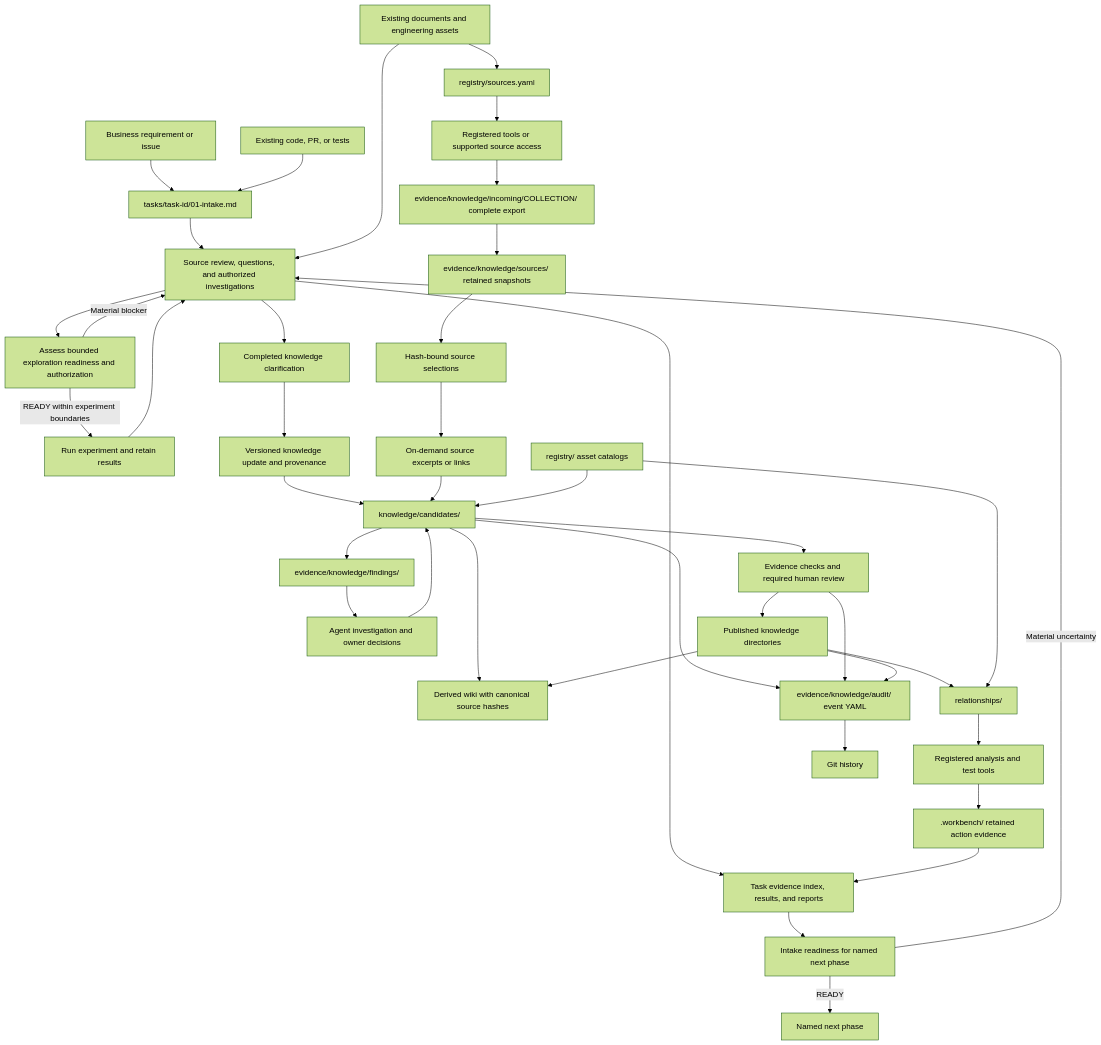
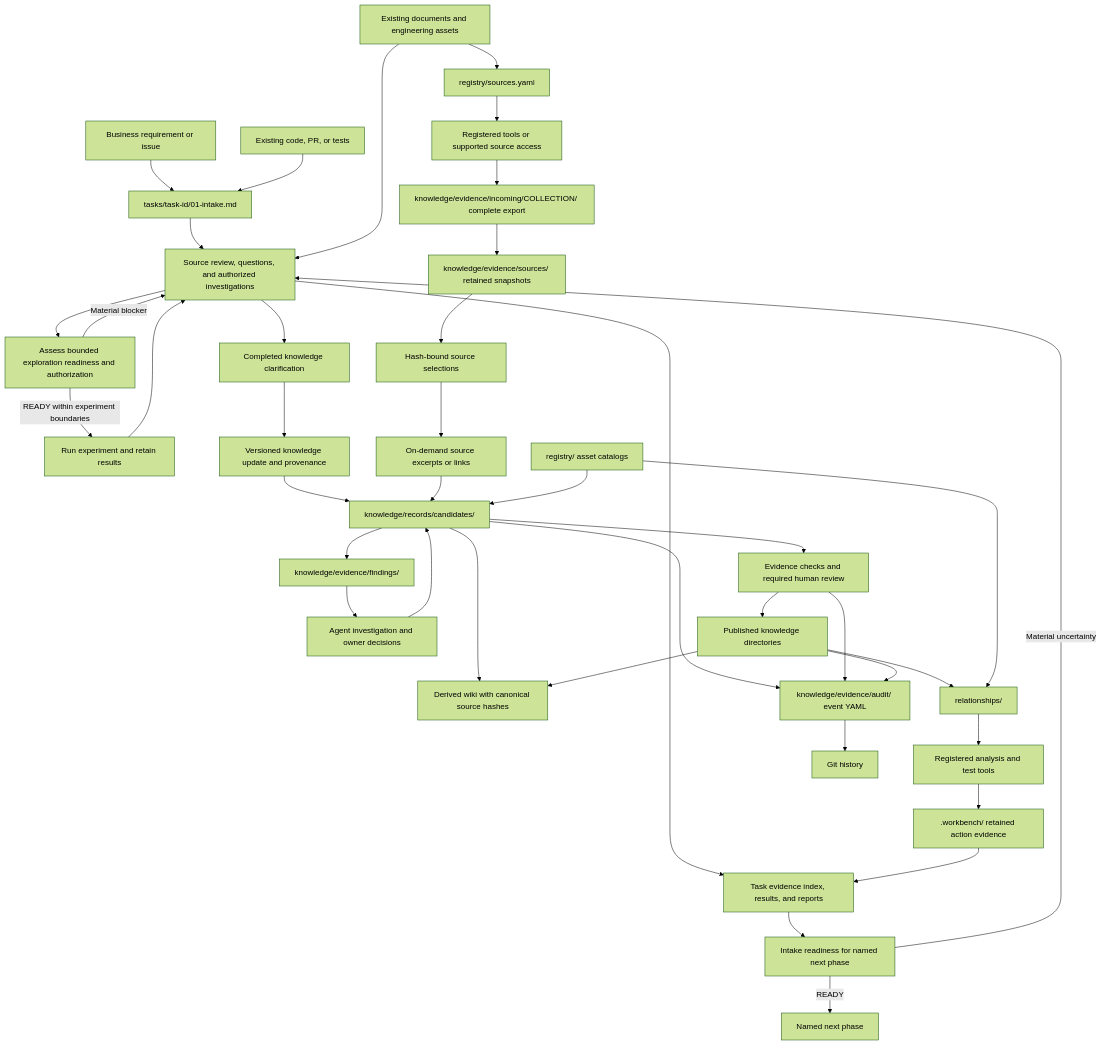
The first of 2 diagrams in docs/WORKSPACE_DESIGN.md (lushevol/sdlc-workbench), drawn with Mermaid (forest theme) before and after one commit. The commit also changed other lines of this file and 441 other files, not shown here.

````diff
--- a/docs/WORKSPACE_DESIGN.md
+++ b/docs/WORKSPACE_DESIGN.md
@@ -353,42 +358,42 @@
 ```mermaid
 flowchart TD
   Request[Business requirement or issue] --> Intake[tasks/task-id/01-intake.md]
   ExistingCode[Existing code, PR, or tests] --> Intake
   Intake --> Collection[Source review, questions, and authorized investigations]
   Collection --> ExplorationGate[Assess bounded exploration readiness and authorization]
   ExplorationGate -->|READY within experiment boundaries| Exploration[Run experiment and retain results]
   ExplorationGate -->|Material blocker| Collection
   Exploration --> Collection
   Collection --> TaskEvidence[Task evidence index, results, and reports]
   Collection --> Clarification[Completed knowledge clarification]
   Clarification --> KnowledgeUpdate[Versioned knowledge update and provenance]
   KnowledgeUpdate --> Candidates
   TaskEvidence --> Readiness[Intake readiness for named next phase]
   Readiness -->|Material uncertainty| Collection
   Readiness -->|READY| Next[Named next phase]
   External[Existing documents and engineering assets] --> Sources[registry/sources.yaml]
   External --> Collection
   Sources --> Access[Registered tools or supported source access]
-  Access --> Incoming[evidence/knowledge/incoming/COLLECTION/ complete export]
-  Incoming --> Raw[evidence/knowledge/sources/ retained snapshots]
+  Access --> Incoming[knowledge/evidence/incoming/COLLECTION/ complete export]
+  Incoming --> Raw[knowledge/evidence/sources/ retained snapshots]
   Raw --> Selections[Hash-bound source selections]
   Selections --> PreparedSources[On-demand source excerpts or links]
-  PreparedSources --> Candidates[knowledge/candidates/]
-  Candidates --> Findings[evidence/knowledge/findings/]
+  PreparedSources --> Candidates[knowledge/records/candidates/]
+  Candidates --> Findings[knowledge/evidence/findings/]
   Findings --> Investigation[Agent investigation and owner decisions]
   Investigation --> Candidates
   Candidates --> Review[Evidence checks and required human review]
   Review --> Published[Published knowledge directories]
   Candidates --> Wiki[Derived wiki with canonical source hashes]
   Published --> Wiki
   Published --> Relationships[relationships/]
   Relationships --> Execution[Registered analysis and test tools]
   Execution --> Evidence[.workbench/ retained action evidence]
   Evidence --> TaskEvidence
-  Candidates --> Audit[evidence/knowledge/audit/ event YAML]
+  Candidates --> Audit[knowledge/evidence/audit/ event YAML]
   Review --> Audit
   Published --> Audit
   Audit --> History[Git history]
   Registry[registry/ asset catalogs] --> Candidates
   Registry --> Relationships
 ```
````
